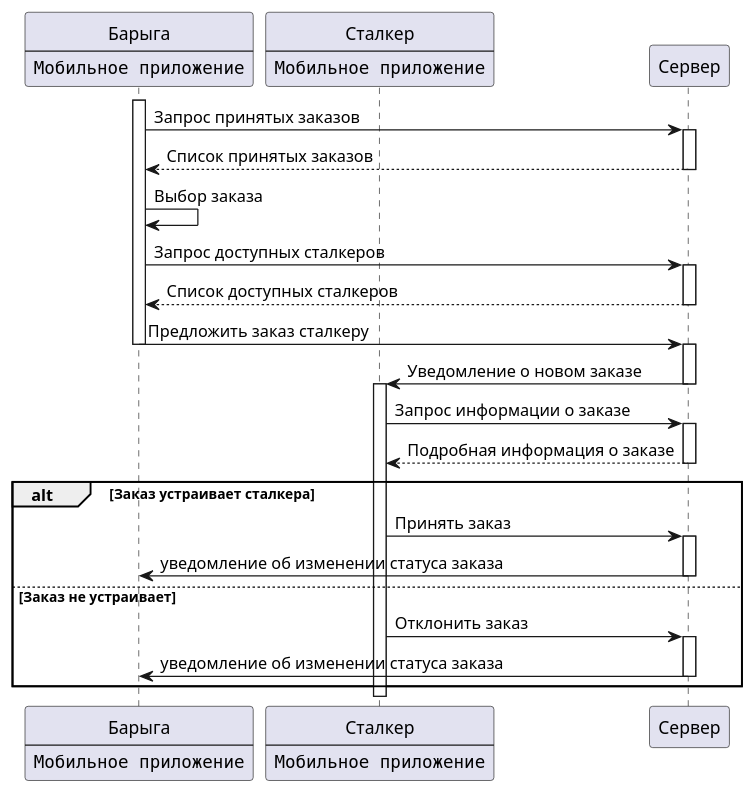
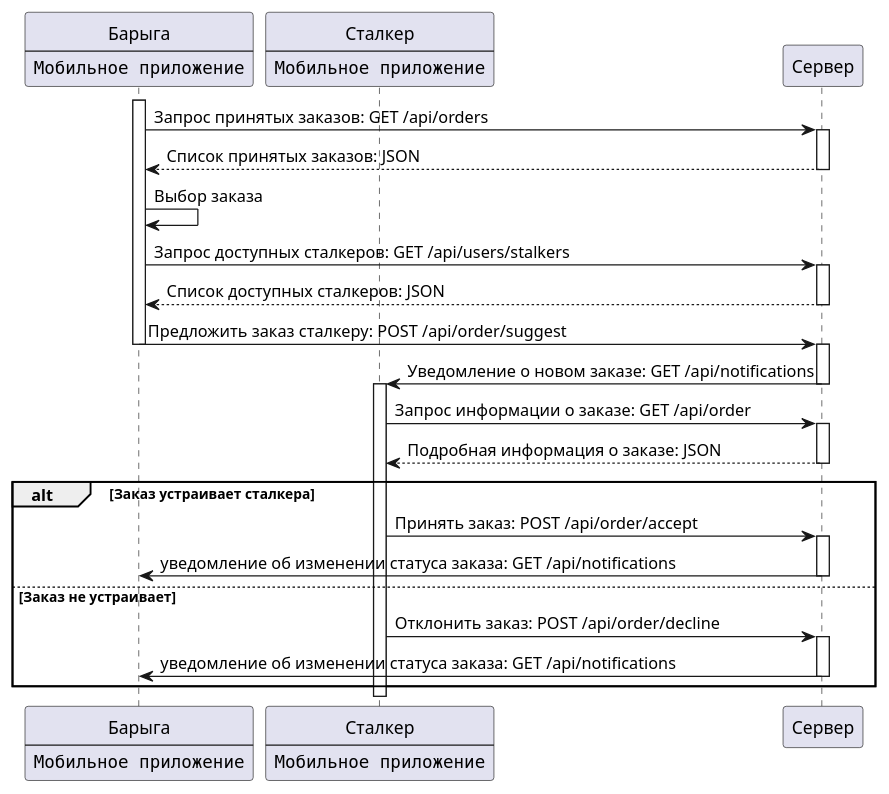
Before and after one commit to avdosev/itmo-software-diagrams: the diagram in logical-veiw/sequence_diagram.puml, drawn with PlantUML.

Commit message:
update sequence

```diff
--- a/logical-veiw/sequence_diagram.puml
+++ b/logical-veiw/sequence_diagram.puml
@@ -2,50 +2,50 @@
 @startuml
 
 
 participant Барыга[
     Барыга
     ----
     ""Мобильное приложение""
 ]
 
 participant Сталкер[
     Сталкер
     ----
     ""Мобильное приложение""
 ]
 
 
 activate Барыга
-Барыга -> Сервер: Запрос принятых заказов
+Барыга -> Сервер: Запрос принятых заказов: GET /api/orders
 activate Сервер
-return Список принятых заказов
+return Список принятых заказов: JSON
 
 Барыга -> Барыга: Выбор заказа
 
-Барыга -> Сервер: Запрос доступных сталкеров
+Барыга -> Сервер: Запрос доступных сталкеров: GET /api/users/stalkers
 activate Сервер
-return Список доступных сталкеров
+return Список доступных сталкеров: JSON
 
-Барыга -> Сервер: Предложить заказ сталкеру
+Барыга -> Сервер: Предложить заказ сталкеру: POST /api/order/suggest
 deactivate Барыга
 activate Сервер
-Сервер -> Сталкер: Уведомление о новом заказе
+Сервер -> Сталкер: Уведомление о новом заказе: GET /api/notifications
 deactivate Сервер
 activate Сталкер
-Сталкер -> Сервер: Запрос информации о заказе
+Сталкер -> Сервер: Запрос информации о заказе: GET /api/order
 activate Сервер
-return Подробная информация о заказе
+return Подробная информация о заказе: JSON
 
 alt Заказ устраивает сталкера
-    Сталкер -> Сервер: Принять заказ
+    Сталкер -> Сервер: Принять заказ: POST /api/order/accept
     activate Сервер
-    Сервер -> Барыга: уведомление об изменении статуса заказа
+    Сервер -> Барыга: уведомление об изменении статуса заказа: GET /api/notifications
     deactivate Сервер
 else Заказ не устраивает
-    Сталкер -> Сервер: Отклонить заказ
+    Сталкер -> Сервер: Отклонить заказ: POST /api/order/decline
     activate Сервер
-    Сервер -> Барыга: уведомление об изменении статуса заказа
+    Сервер -> Барыга: уведомление об изменении статуса заказа: GET /api/notifications
     deactivate Сервер
 end
 
 @enduml
```
